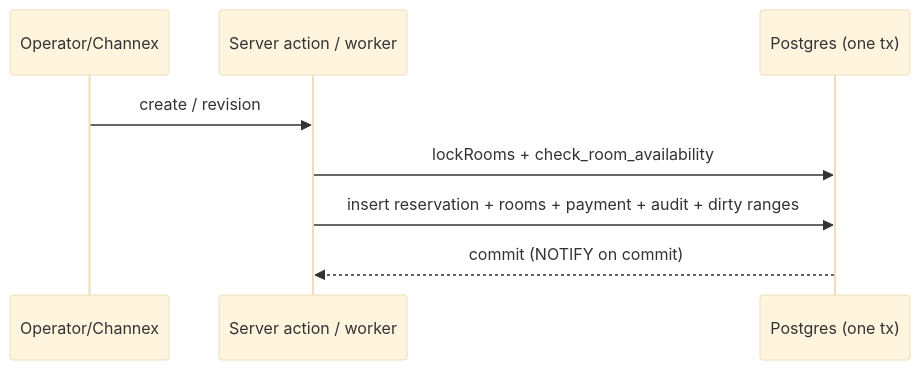
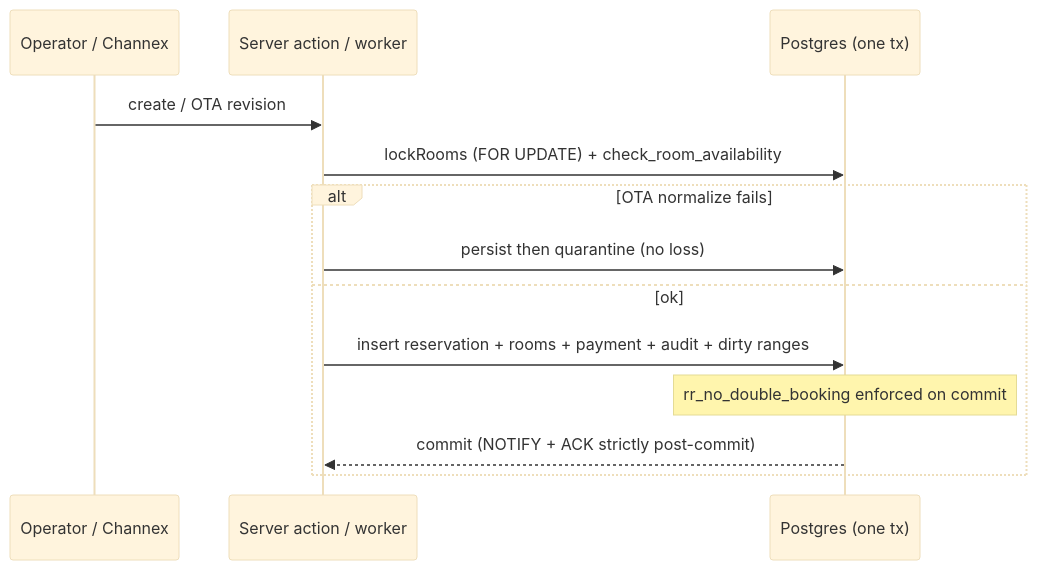
One commit to Ronus922/GuestHub changed the second of 2 diagrams in docs/architecture/RESERVATION_LIFECYCLE.md. Above: the diagram before and after it, drawn with Mermaid (base theme). The commit also changed other lines of this file and 6 other files, not shown here.

First line of the commit message:
docs(architecture): complete 7 Stage-3 domain documents (§23)

````diff
--- a/docs/architecture/RESERVATION_LIFECYCLE.md
+++ b/docs/architecture/RESERVATION_LIFECYCLE.md
@@ -44,11 +78,15 @@
 ```mermaid
-%% TODO(Stage 3): finalize create/OTA-import sequence diagram.
 sequenceDiagram
-    participant OP as Operator/Channex
+    participant OP as Operator / Channex
     participant SVC as Server action / worker
     participant DB as Postgres (one tx)
-    OP->>SVC: create / revision
-    SVC->>DB: lockRooms + check_room_availability
-    SVC->>DB: insert reservation + rooms + payment + audit + dirty ranges
-    DB-->>SVC: commit (NOTIFY on commit)
+    OP->>SVC: create / OTA revision
+    SVC->>DB: lockRooms (FOR UPDATE) + check_room_availability
+    alt OTA normalize fails
+        SVC->>DB: persist then quarantine (no loss)
+    else ok
+        SVC->>DB: insert reservation + rooms + payment + audit + dirty ranges
+        Note over DB: rr_no_double_booking enforced on commit
+        DB-->>SVC: commit (NOTIFY + ACK strictly post-commit)
+    end
 ```
````
